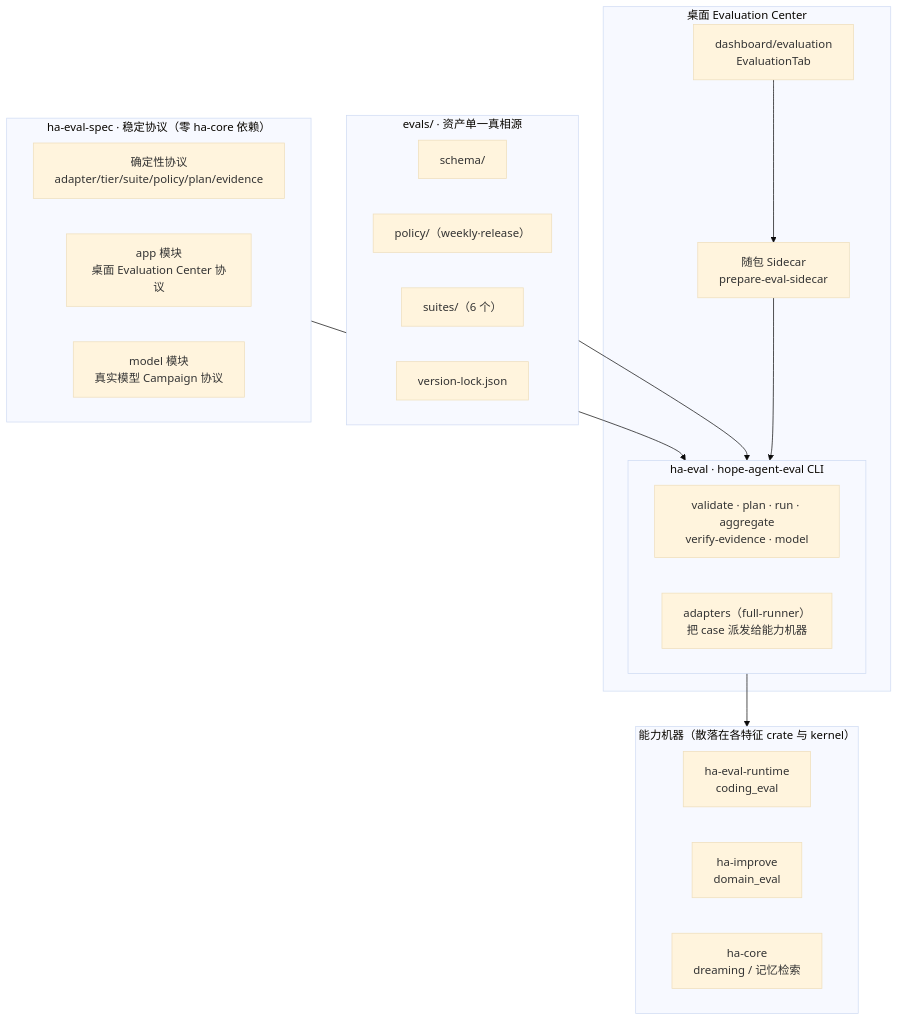
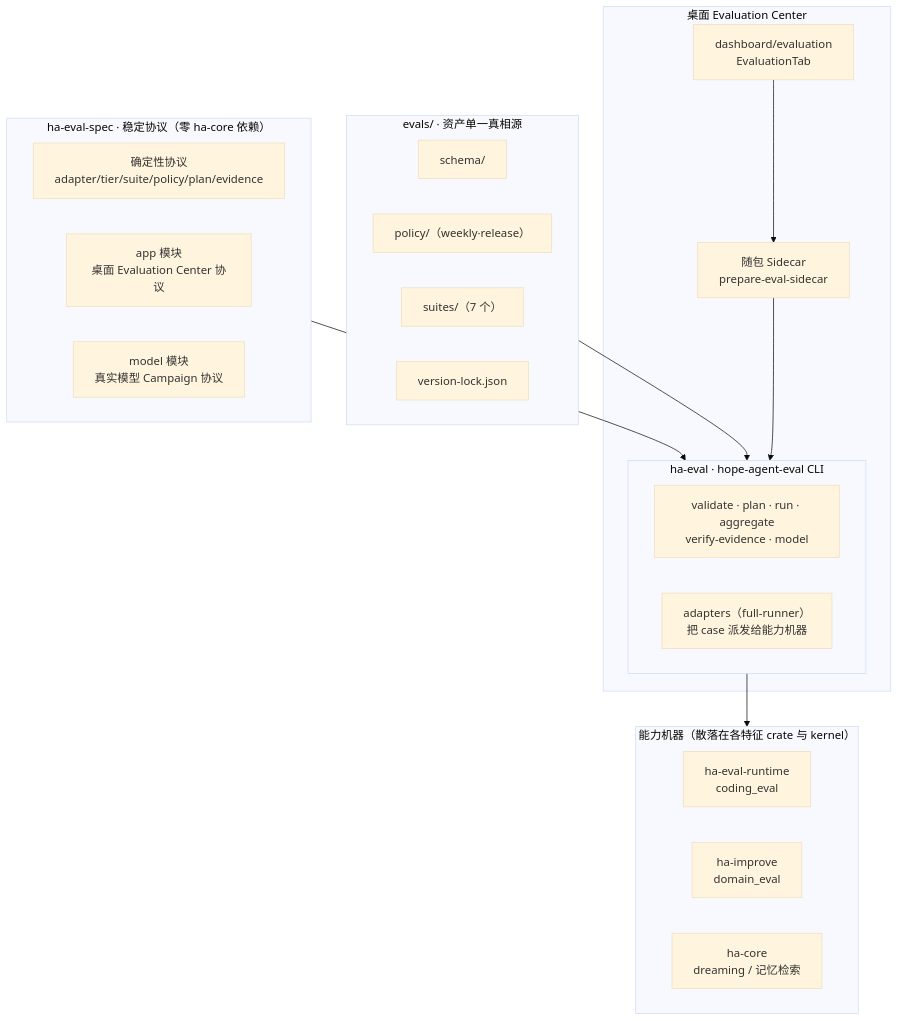
The first of 4 diagrams in mirrors/repos/shiwenwen@hope-agent/docs/architecture/agent/capability-eval.md (gabrielmoreira/agent-skills-mirror), drawn with Mermaid (base theme) before and after one commit. The commit also changed other lines of this file and 4372 other files, not shown here.

````diff
--- a/mirrors/repos/shiwenwen@hope-agent/docs/architecture/agent/capability-eval.md
+++ b/mirrors/repos/shiwenwen@hope-agent/docs/architecture/agent/capability-eval.md
@@ -42,40 +42,40 @@
 ```mermaid
 flowchart TB
     subgraph proto["ha-eval-spec · 稳定协议（零 ha-core 依赖）"]
         direction LR
         det["确定性协议<br/>adapter/tier/suite/policy/plan/evidence"]
         appm["app 模块<br/>桌面 Evaluation Center 协议"]
         modelm["model 模块<br/>真实模型 Campaign 协议"]
     end
 
     subgraph cli["ha-eval · hope-agent-eval CLI"]
         direction LR
         sub["validate · plan · run · aggregate<br/>verify-evidence · model"]
         adp["adapters（full-runner）<br/>把 case 派发给能力机器"]
     end
 
     subgraph machines["能力机器（散落在各特征 crate 与 kernel）"]
         direction LR
         cr["ha-eval-runtime<br/>coding_eval"]
         im["ha-improve<br/>domain_eval"]
         kn["ha-core<br/>dreaming / 记忆检索"]
     end
 
     subgraph assets["evals/ · 资产单一真相源"]
         direction LR
         sch["schema/"]
         pol["policy/（weekly·release）"]
-        suites["suites/（6 个）"]
+        suites["suites/（7 个）"]
         lock["version-lock.json"]
     end
 
     proto --> cli
     cli --> machines
     assets --> cli
 
     subgraph desktop["桌面 Evaluation Center"]
         tab["dashboard/evaluation<br/>EvaluationTab"]
         car["随包 Sidecar<br/>prepare-eval-sidecar"]
         tab --> car --> cli
     end
 ```
````
